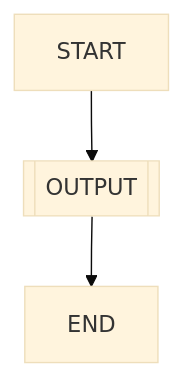
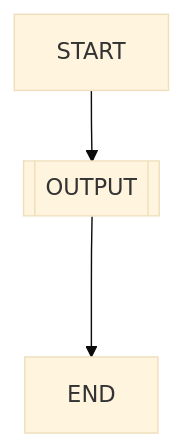
One commit to LRSFC-ComputerScience/1-Sequence-and-Selection-Python-Challenge changed the first of 2 diagrams in 1.1 Hello World/Task01 Hello World.md. Above: the diagram before and after it, drawn with Mermaid (base theme). The commit also changed other lines of this file, not shown here.

````diff
--- a/1.1 Hello World/Task01 Hello World.md
+++ b/1.1 Hello World/Task01 Hello World.md
@@ -27,5 +27,5 @@
 ```mermaid
   flowchart TD;
       A[START]-->B[[OUTPUT]];
-      B-->C[END];
+      B--->C[END];
 ```
````
